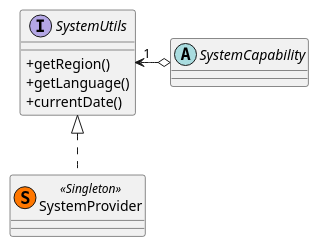
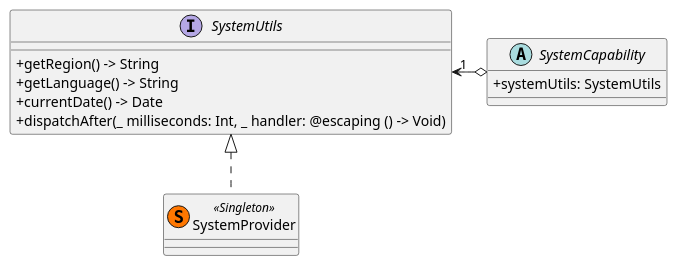
One commit to willsbor/CinemaForYou changed the fourth of 4 diagrams in README.md. Above: the diagram before and after it, drawn with PlantUML. The commit also changed 2 other files, not shown here.

Commit message:
add new method into SystemUtils

````diff
--- a/README.md
+++ b/README.md
@@ -168,18 +168,19 @@
 ```puml
 skinparam classAttributeIconSize 0
 
 class SystemProvider << (S,#FF7700) Singleton >>
 
 interface SystemUtils {
-  +getRegion()
-  +getLanguage()
-  +currentDate()
+  +getRegion() -> String
+  +getLanguage() -> String
+  +currentDate() -> Date
+  +dispatchAfter(_ milliseconds: Int, _ handler: @escaping () -> Void)
 }
 
 abstract SystemCapability {
-
+  +systemUtils: SystemUtils
 }
 
 SystemProvider .up.|> SystemUtils
 SystemCapability o-left-> "1" SystemUtils
 ```
````
